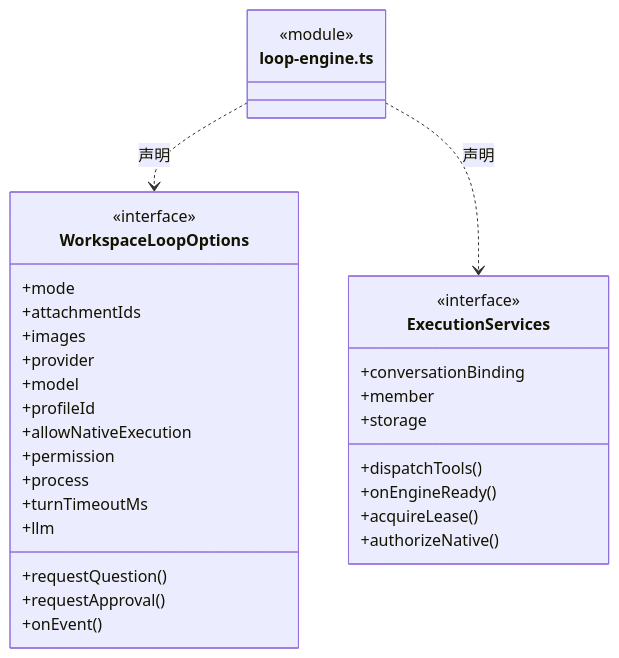
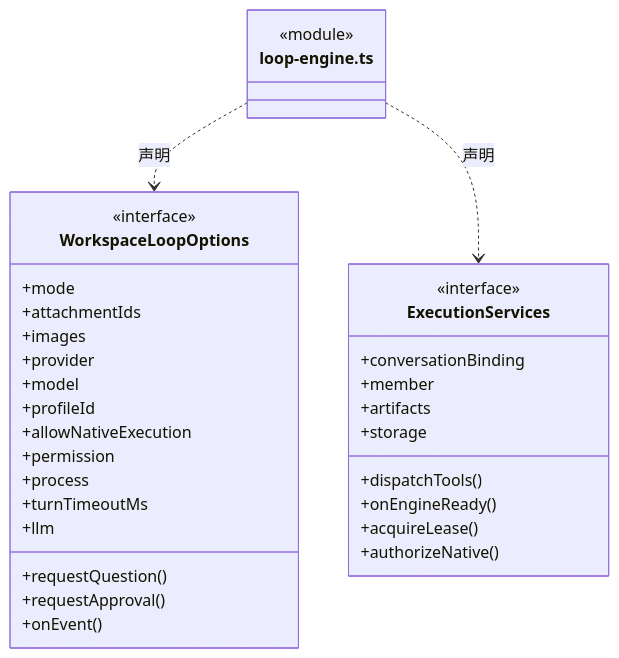
Diagram 18 of 52 in src/backend/scheduler-engine/execution/ARCHITECTURE.md (nan023062/cbim), drawn with Mermaid before and after one commit. The commit also changed other lines of this file and 56 other files, not shown here.

````diff
--- a/src/backend/scheduler-engine/execution/ARCHITECTURE.md
+++ b/src/backend/scheduler-engine/execution/ARCHITECTURE.md
@@ -474,35 +503,36 @@
 ```mermaid
 classDiagram
 class N_src_backend_scheduler_engine_execution_loop_engine_ts["loop-engine.ts"] {
   <<module>>
 }
 class N_src_backend_scheduler_engine_execution_loop_engine_ts_WorkspaceLoopOptions["WorkspaceLoopOptions"] {
   <<interface>>
   +mode
   +attachmentIds
   +images
   +provider
   +model
   +profileId
   +allowNativeExecution
   +permission
   +requestQuestion()
   +requestApproval()
   +process
   +turnTimeoutMs
   +onEvent()
   +llm
 }
 N_src_backend_scheduler_engine_execution_loop_engine_ts ..> N_src_backend_scheduler_engine_execution_loop_engine_ts_WorkspaceLoopOptions : 声明
 class N_src_backend_scheduler_engine_execution_loop_engine_ts_ExecutionServices["ExecutionServices"] {
   <<interface>>
   +conversationBinding
   +dispatchTools()
   +member
+  +artifacts
   +onEngineReady()
   +storage
   +acquireLease()
   +authorizeNative()
 }
 N_src_backend_scheduler_engine_execution_loop_engine_ts ..> N_src_backend_scheduler_engine_execution_loop_engine_ts_ExecutionServices : 声明
 ```
````
